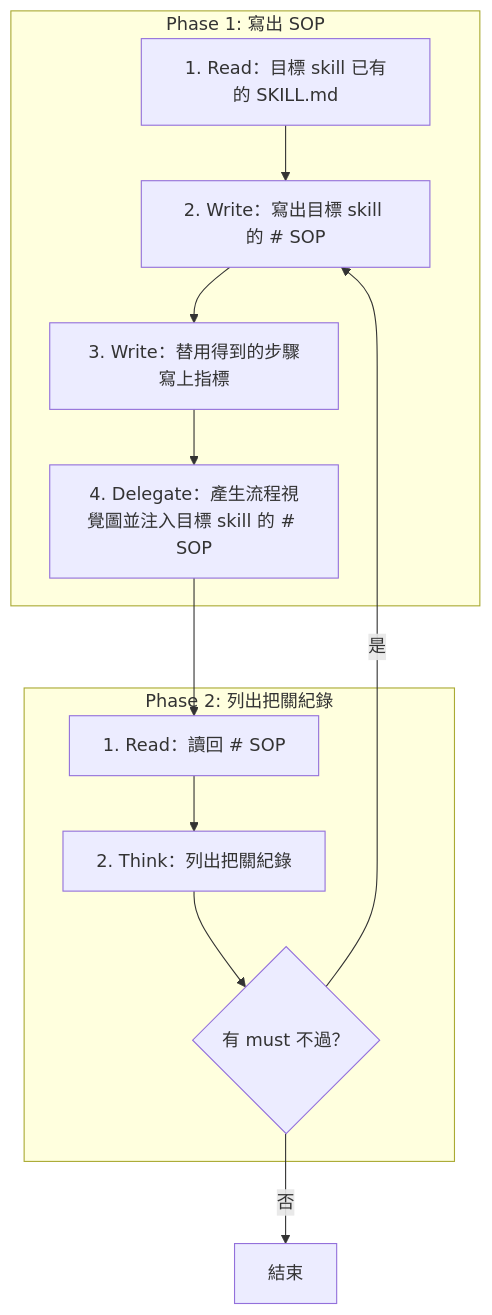
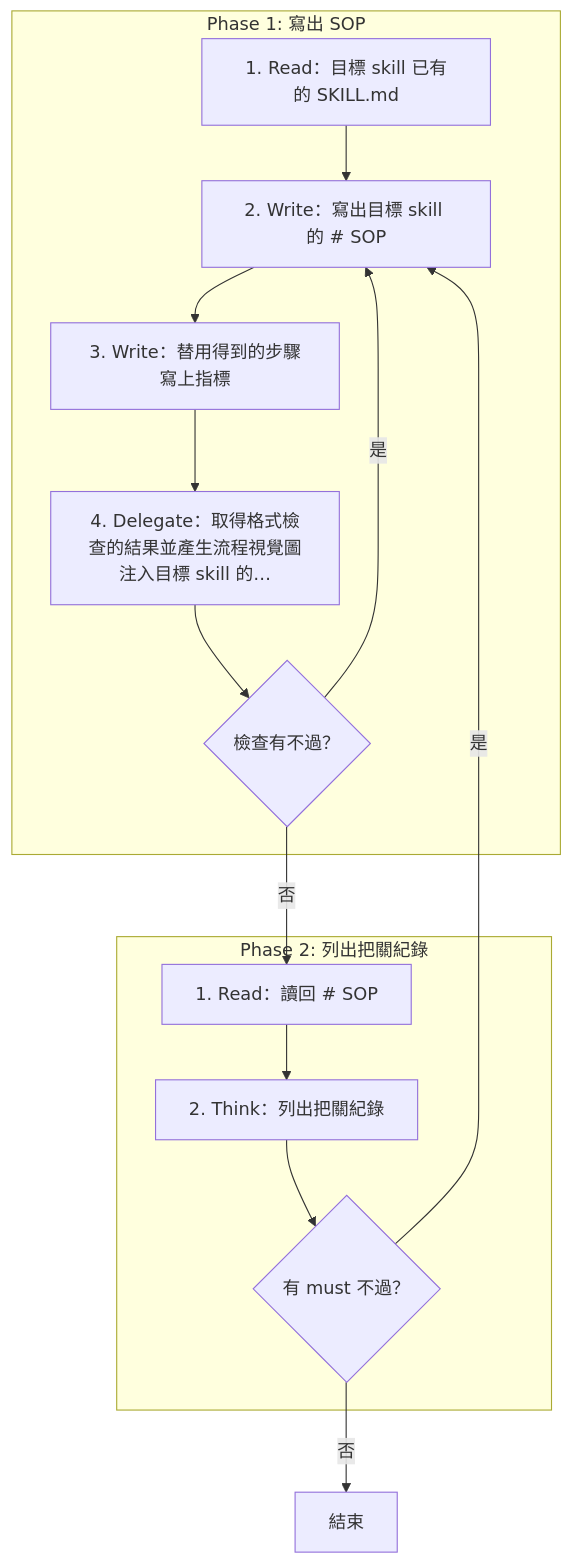
One commit to AI-x-BDD/BDGG-Dev-Skills changed the diagram in .agents/skills/skill-form-sop/SKILL.md. Above: the diagram before and after it, drawn with Mermaid. The commit also changed other lines of this file and 7 other files, not shown here.

First line of the commit message:
feat: skill-form-sop 的格式檢查改由腳本判定並在不過時拒絕產圖

````diff
--- a/.agents/skills/skill-form-sop/SKILL.md
+++ b/.agents/skills/skill-form-sop/SKILL.md
@@ -13,23 +11,26 @@
 ```mermaid
 flowchart TD
     subgraph P1["Phase 1: 寫出 SOP"]
         P1S1["1. Read：目標 skill 已有的 SKILL.md"]
         P1S2["2. Write：寫出目標 skill 的 # SOP"]
         P1S3["3. Write：替用得到的步驟寫上指標"]
-        P1S4["4. Delegate：產生流程視覺圖並注入目標 skill 的 # SOP"]
+        P1S4["4. Delegate：取得格式檢查的結果並產生流程視覺圖注入目標 skill 的…"]
+        G_P1S4_1{"檢查有不過？"}
     end
     subgraph P2["Phase 2: 列出把關紀錄"]
         P2S1["1. Read：讀回 # SOP"]
         P2S2["2. Think：列出把關紀錄"]
         G_P2S2_1{"有 must 不過？"}
     end
     End["結束"]
     P1S1 --> P1S2
     P1S2 --> P1S3
     P1S3 --> P1S4
-    P1S4 --> P2S1
+    P1S4 --> G_P1S4_1
+    G_P1S4_1 -->|是| P1S2
+    G_P1S4_1 -->|否| P2S1
     P2S1 --> P2S2
     P2S2 --> G_P2S2_1
     G_P2S2_1 -->|是| P1S2
     G_P2S2_1 -->|否| End
 ```
````
